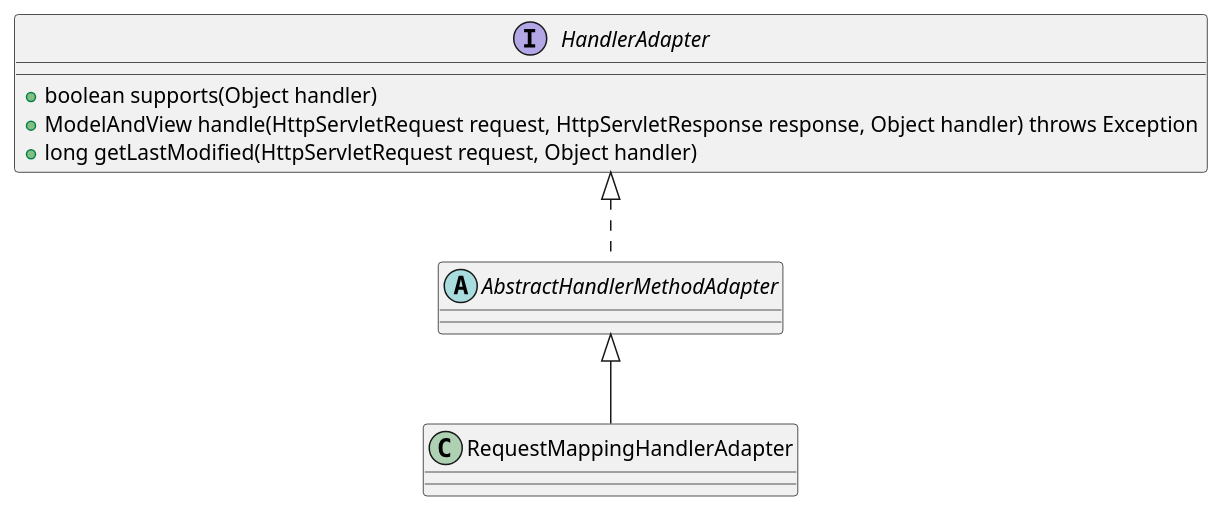
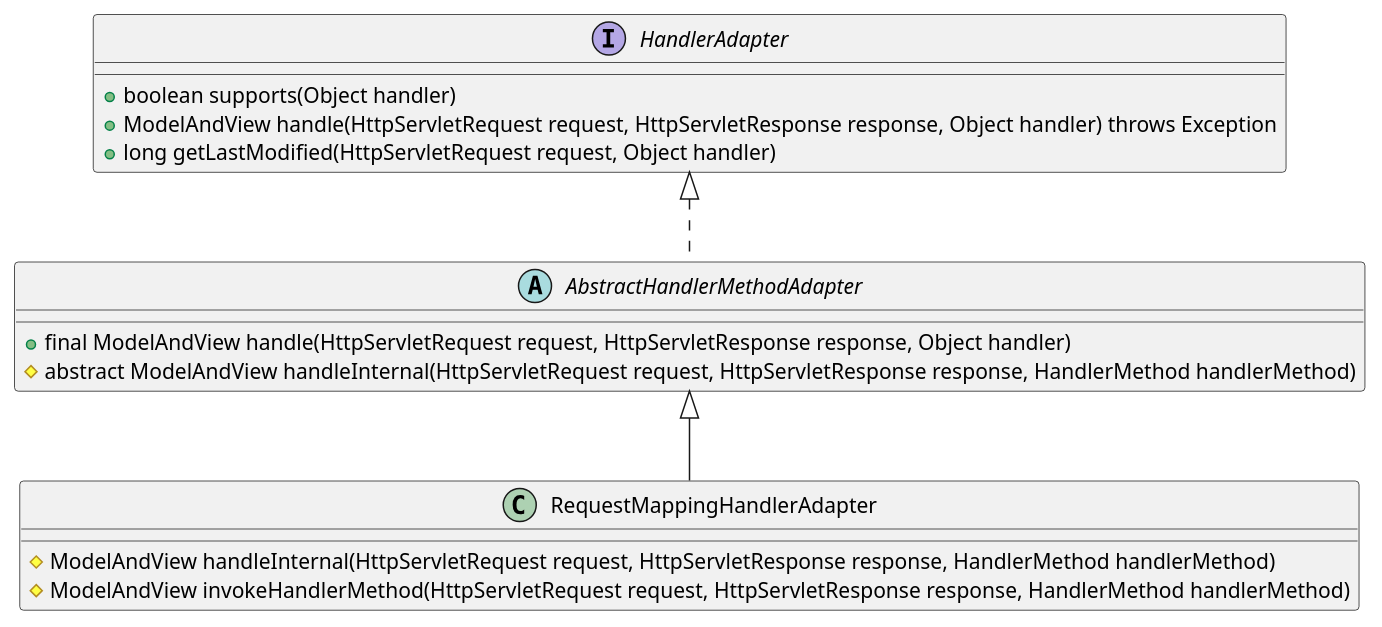
One commit to onlyonion/development changed the first of 2 diagrams in 20-framework/src/spring/spring-webmvc/HandlerAdapter.md. Above: the diagram before and after it, drawn with PlantUML. The commit also changed other lines of this file and 72 other files, not shown here.

````diff
--- a/20-framework/src/spring/spring-webmvc/HandlerAdapter.md
+++ b/20-framework/src/spring/spring-webmvc/HandlerAdapter.md
@@ -8,20 +15,22 @@
 ```plantuml
 @startuml
 interface HandlerAdapter {
     + boolean supports(Object handler)
     + ModelAndView handle(HttpServletRequest request, HttpServletResponse response, Object handler) throws Exception
     + long getLastModified(HttpServletRequest request, Object handler)
 }
 
 abstract class AbstractHandlerMethodAdapter {
-
+    + final ModelAndView handle(HttpServletRequest request, HttpServletResponse response, Object handler)
+    # abstract ModelAndView handleInternal(HttpServletRequest request, HttpServletResponse response, HandlerMethod handlerMethod)
 }
 HandlerAdapter <|.. AbstractHandlerMethodAdapter
 
 class RequestMappingHandlerAdapter {
-
+    # ModelAndView handleInternal(HttpServletRequest request, HttpServletResponse response, HandlerMethod handlerMethod)
+    # ModelAndView invokeHandlerMethod(HttpServletRequest request, HttpServletResponse response, HandlerMethod handlerMethod)
 }
 AbstractHandlerMethodAdapter <|-- RequestMappingHandlerAdapter
 
 @enduml
 ```
````
